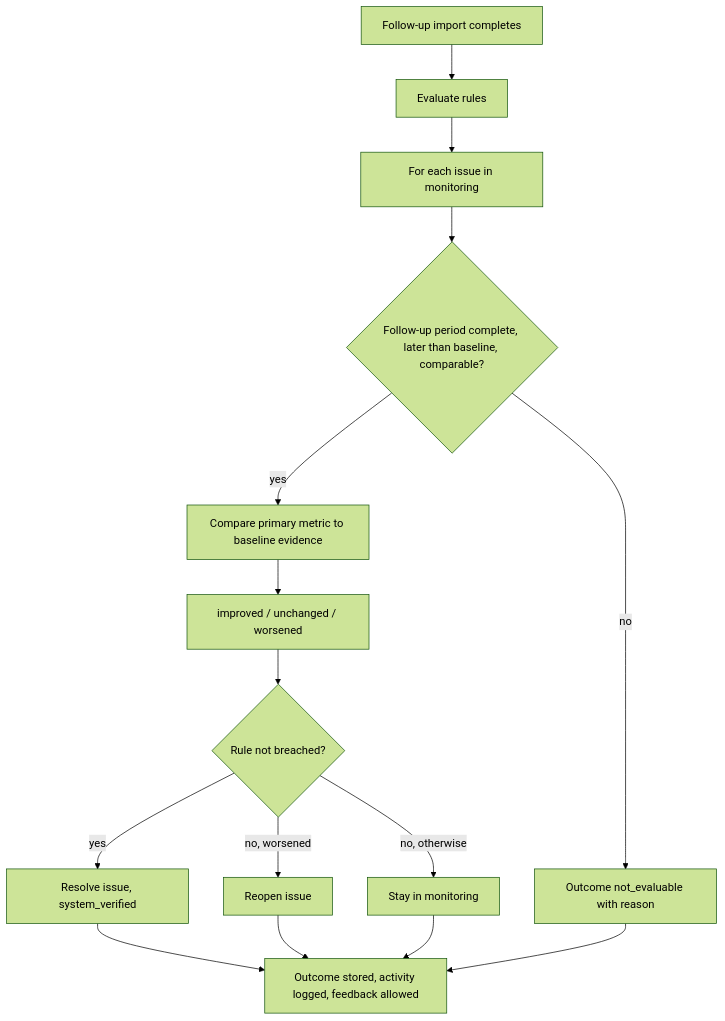
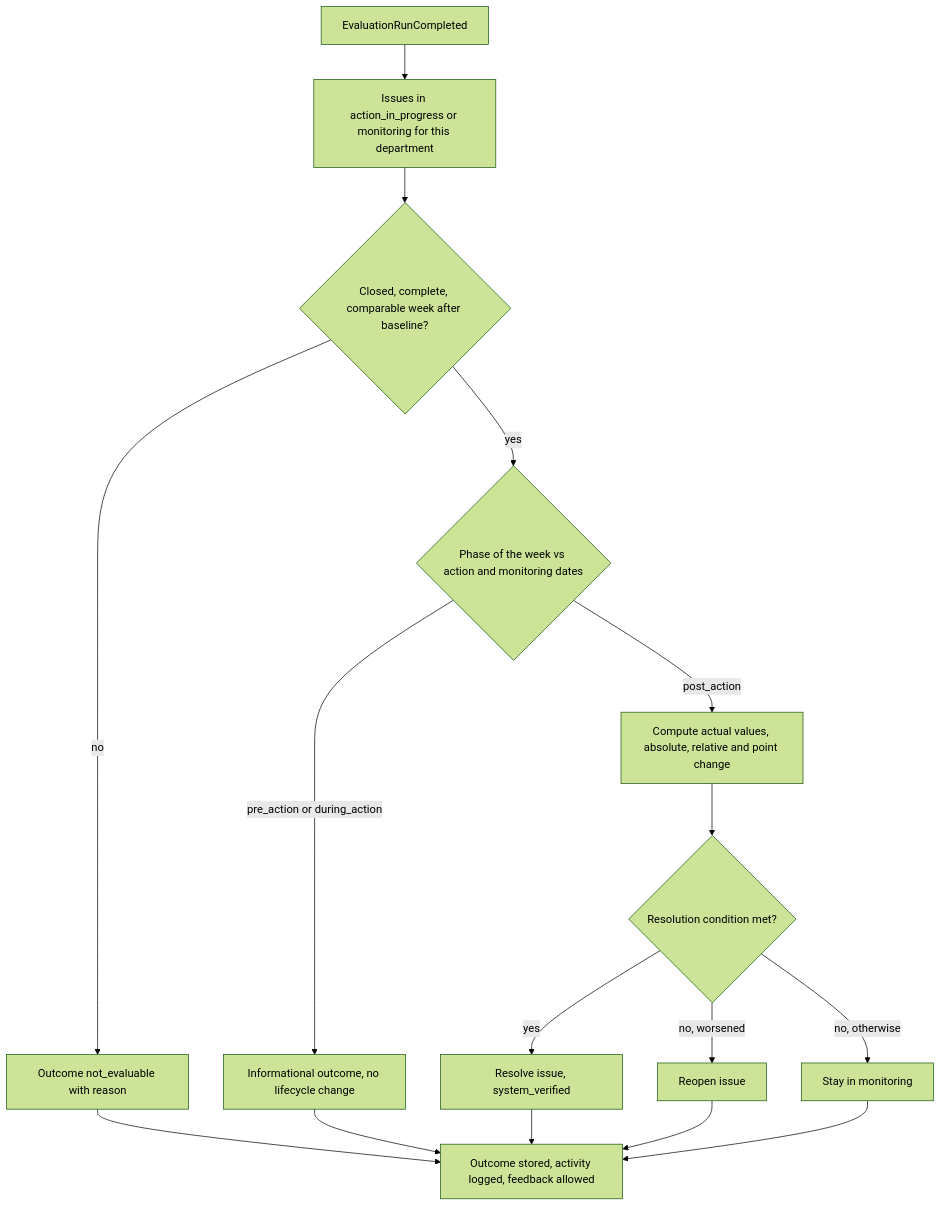
Before and after one commit to shojibur/BusinessPulse: the eighth of 8 diagrams in docs/business-workflows.md, drawn with Mermaid (forest theme). The commit also changed other lines of this file and 40 other files, not shown here.

````diff
--- a/docs/business-workflows.md
+++ b/docs/business-workflows.md
@@ -161,17 +165,18 @@
 ```mermaid
 flowchart TD
-  A[Follow-up import completes] --> B[Evaluate rules]
-  B --> C[For each issue in monitoring]
-  C --> D{Follow-up period complete, later than baseline, comparable?}
+  A[EvaluationRunCompleted] --> C[Issues in action_in_progress or monitoring for this department]
+  C --> D{Closed, complete, comparable week after baseline?}
   D -- no --> E[Outcome not_evaluable with reason]
-  D -- yes --> F[Compare primary metric to baseline evidence]
-  F --> G[improved / unchanged / worsened]
-  G --> H{Rule not breached?}
-  H -- yes --> I[Resolve issue, system_verified]
-  H -- no, worsened --> J[Reopen issue]
-  H -- no, otherwise --> K[Stay in monitoring]
-  I --> L[Outcome stored, activity logged, feedback allowed]
+  D -- yes --> P{Phase of the week vs action and monitoring dates}
+  P -- pre_action or during_action --> I1[Informational outcome, no lifecycle change]
+  P -- post_action --> F[Compute actual values, absolute, relative and point change]
+  F --> G{Resolution condition met?}
+  G -- yes --> R[Resolve issue, system_verified]
+  G -- no, worsened --> J[Reopen issue]
+  G -- no, otherwise --> K[Stay in monitoring]
+  R --> L[Outcome stored, activity logged, feedback allowed]
   J --> L
   K --> L
   E --> L
+  I1 --> L
 ```
````
